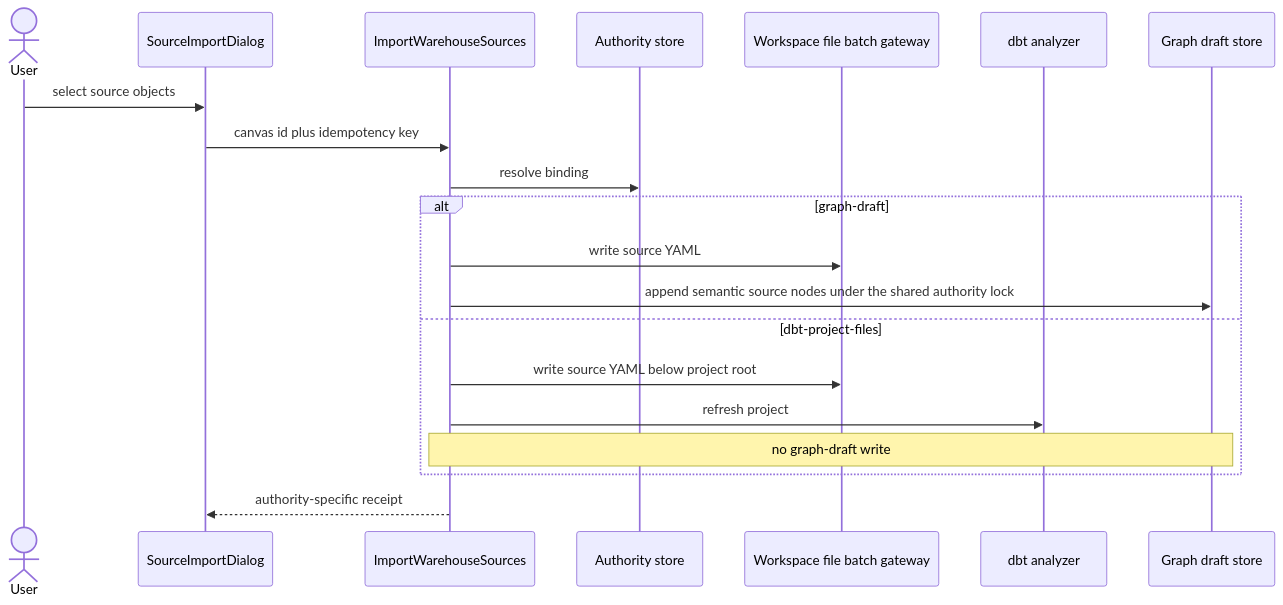
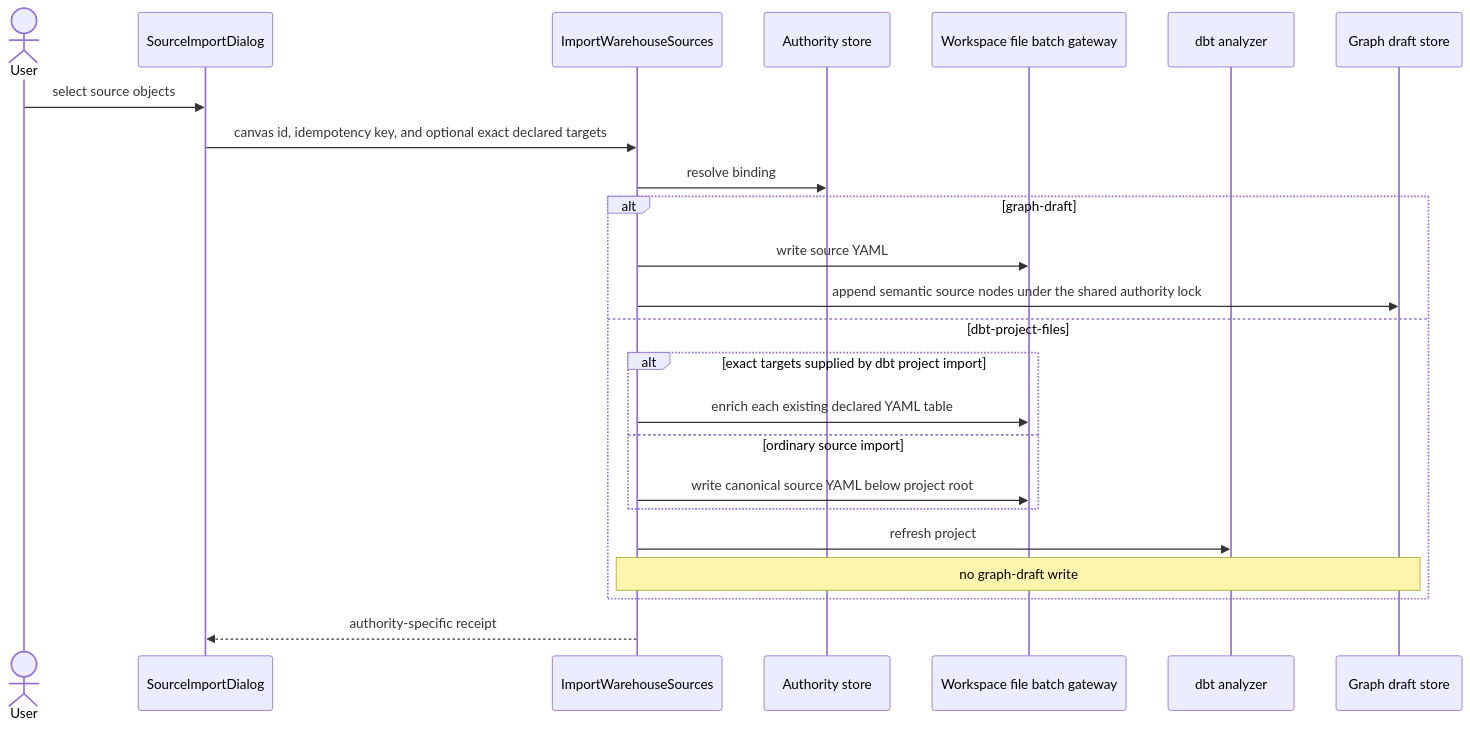
Before and after one commit to dunay2/dvt: the fourth of 4 diagrams in docs/architecture/components/web/graph/dbt-project-import-and-source-authority-component.md, drawn with Mermaid. The commit also changed other lines of this file and 4 other files, not shown here.

Commit message:
docs(docs): Record ARC evidence for exact dbt source binding

````diff
--- a/docs/architecture/components/web/graph/dbt-project-import-and-source-authority-component.md
+++ b/docs/architecture/components/web/graph/dbt-project-import-and-source-authority-component.md
@@ -175,23 +190,27 @@
 ```mermaid
 sequenceDiagram
   actor User
   participant UI as SourceImportDialog
   participant Command as ImportWarehouseSources
   participant Authority as Authority store
   participant Batch as Workspace file batch gateway
   participant Analyzer as dbt analyzer
   participant Draft as Graph draft store
 
   User->>UI: select source objects
-  UI->>Command: canvas id plus idempotency key
+  UI->>Command: canvas id, idempotency key, and optional exact declared targets
   Command->>Authority: resolve binding
   alt graph-draft
     Command->>Batch: write source YAML
     Command->>Draft: append semantic source nodes under the shared authority lock
   else dbt-project-files
-    Command->>Batch: write source YAML below project root
+    alt exact targets supplied by dbt project import
+      Command->>Batch: enrich each existing declared YAML table
+    else ordinary source import
+      Command->>Batch: write canonical source YAML below project root
+    end
     Command->>Analyzer: refresh project
     Note over Command,Draft: no graph-draft write
   end
   Command-->>UI: authority-specific receipt
 ```
````
